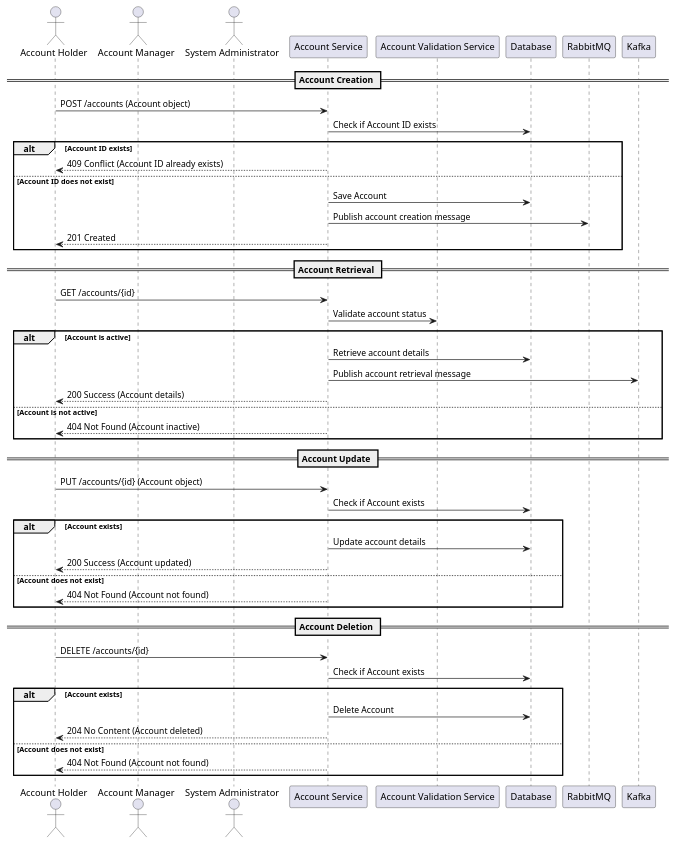
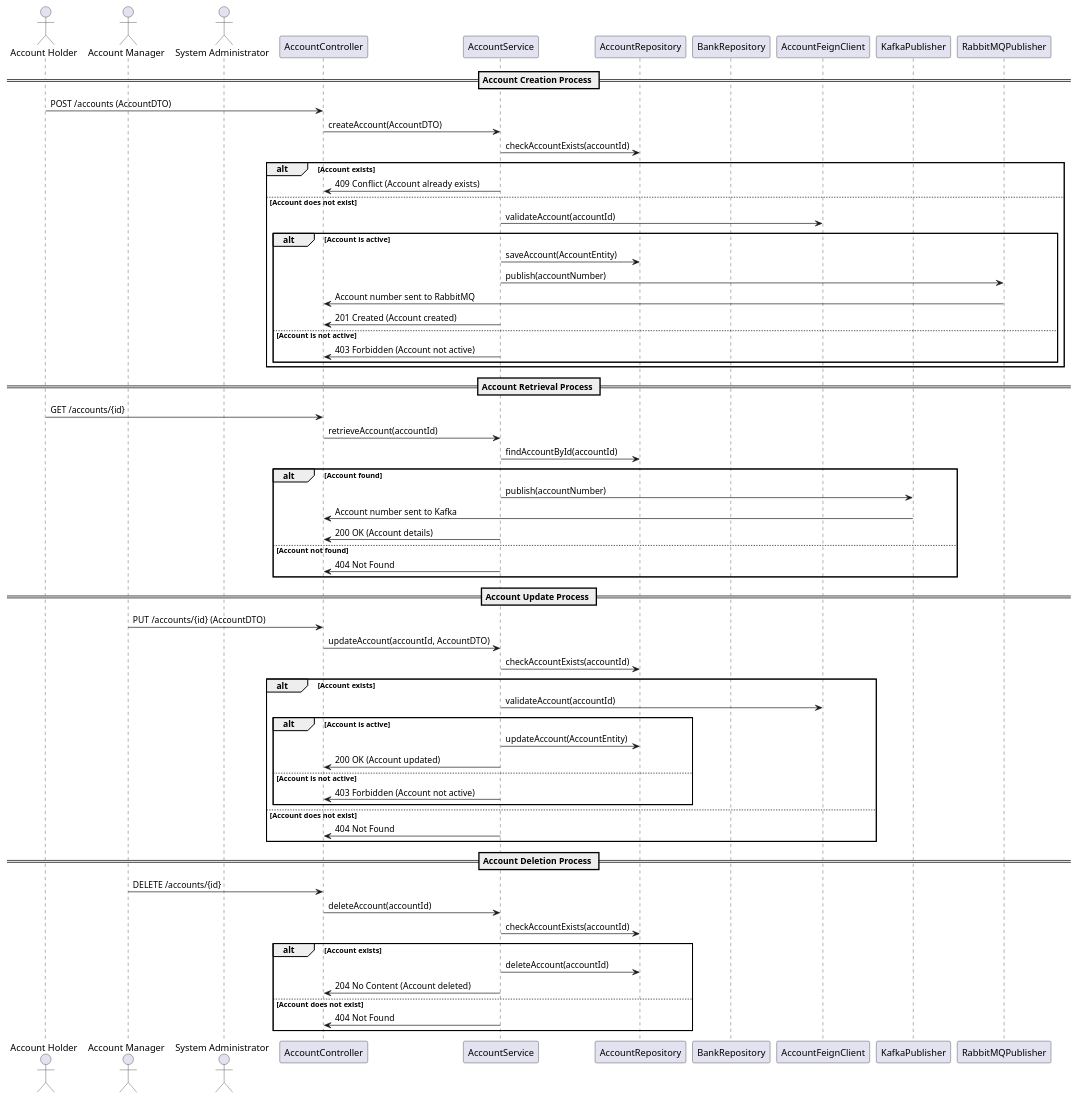
The diagram in GeneratedDesignDocument/AccountService.md (Bhaskar-Pavan/AccountService), drawn with PlantUML before and after one commit. The commit also changed other lines of this file, not shown here.

````diff
--- a/GeneratedDesignDocument/AccountService.md
+++ b/GeneratedDesignDocument/AccountService.md
@@ -47,55 +47,72 @@
 ```plantuml
 @startuml
 actor "Account Holder" as AH
 actor "Account Manager" as AM
 actor "System Administrator" as SA
-participant "Account Service" as AS
-participant "Account Validation Service" as AVS
-participant "Database" as DB
-participant "RabbitMQ" as RMQ
-participant "Kafka" as KAFKA
+participant "AccountController" as AC
+participant "AccountService" as AS
+participant "AccountRepository" as AR
+participant "BankRepository" as BR
+participant "AccountFeignClient" as AFeign
+participant "KafkaPublisher" as KPub
+participant "RabbitMQPublisher" as RPub
 
-== Account Creation ==
-AH -> AS : POST /accounts (Account object)
-AS -> DB : Check if Account ID exists
-alt Account ID exists
-    AS --> AH : 409 Conflict (Account ID already exists)
-else Account ID does not exist
-    AS -> DB : Save Account
-    AS -> RMQ : Publish account creation message
-    AS --> AH : 201 Created
+== Account Creation Process ==
+AH -> AC : POST /accounts (AccountDTO)
+AC -> AS : createAccount(AccountDTO)
+AS -> AR : checkAccountExists(accountId)
+alt Account exists
+    AS -> AC : 409 Conflict (Account already exists)
+else Account does not exist
+    AS -> AFeign : validateAccount(accountId)
+    alt Account is active
+        AS -> AR : saveAccount(AccountEntity)
+        AS -> RPub : publish(accountNumber)
+        RPub -> AC : Account number sent to RabbitMQ
+        AS -> AC : 201 Created (Account created)
+    else Account is not active
+        AS -> AC : 403 Forbidden (Account not active)
+    end
 end
 
-== Account Retrieval ==
-AH -> AS : GET /accounts/{id}
-AS -> AVS : Validate account status
-alt Account is active
-    AS -> DB : Retrieve account details
-    AS -> KAFKA : Publish account retrieval message
-    AS --> AH : 200 Success (Account details)
-else Account is not active
-    AS --> AH : 404 Not Found (Account inactive)
+== Account Retrieval Process ==
+AH -> AC : GET /accounts/{id}
+AC -> AS : retrieveAccount(accountId)
+AS -> AR : findAccountById(accountId)
+alt Account found
+    AS -> KPub : publish(accountNumber)
+    KPub -> AC : Account number sent to Kafka
+    AS -> AC : 200 OK (Account details)
+else Account not found
+    AS -> AC : 404 Not Found
 end
 
-== Account Update ==
-AH -> AS : PUT /accounts/{id} (Account object)
-AS -> DB : Check if Account exists
+== Account Update Process ==
+AM -> AC : PUT /accounts/{id} (AccountDTO)
+AC -> AS : updateAccount(accountId, AccountDTO)
+AS -> AR : checkAccountExists(accountId)
 alt Account exists
-    AS -> DB : Update account details
-    AS --> AH : 200 Success (Account updated)
+    AS -> AFeign : validateAccount(accountId)
+    alt Account is active
+        AS -> AR : updateAccount(AccountEntity)
+        AS -> AC : 200 OK (Account updated)
+    else Account is not active
+        AS -> AC : 403 Forbidden (Account not active)
+    end
 else Account does not exist
-    AS --> AH : 404 Not Found (Account not found)
+    AS -> AC : 404 Not Found
 end
 
-== Account Deletion ==
-AH -> AS : DELETE /accounts/{id}
-AS -> DB : Check if Account exists
+== Account Deletion Process ==
+AM -> AC : DELETE /accounts/{id}
+AC -> AS : deleteAccount(accountId)
+AS -> AR : checkAccountExists(accountId)
 alt Account exists
-    AS -> DB : Delete Account
-    AS --> AH : 204 No Content (Account deleted)
+    AS -> AR : deleteAccount(accountId)
+    AS -> AC : 204 No Content (Account deleted)
 else Account does not exist
-    AS --> AH : 404 Not Found (Account not found)
+    AS -> AC : 404 Not Found
 end
 
 @enduml
 ```
````
